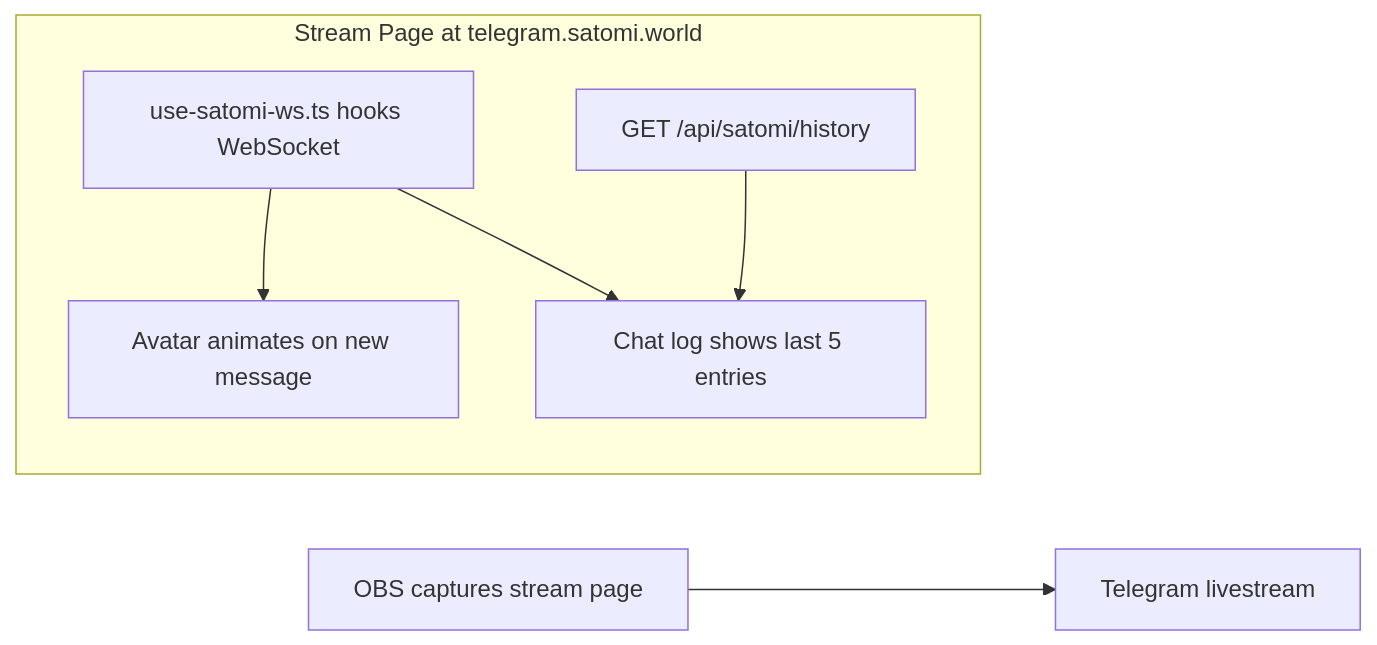
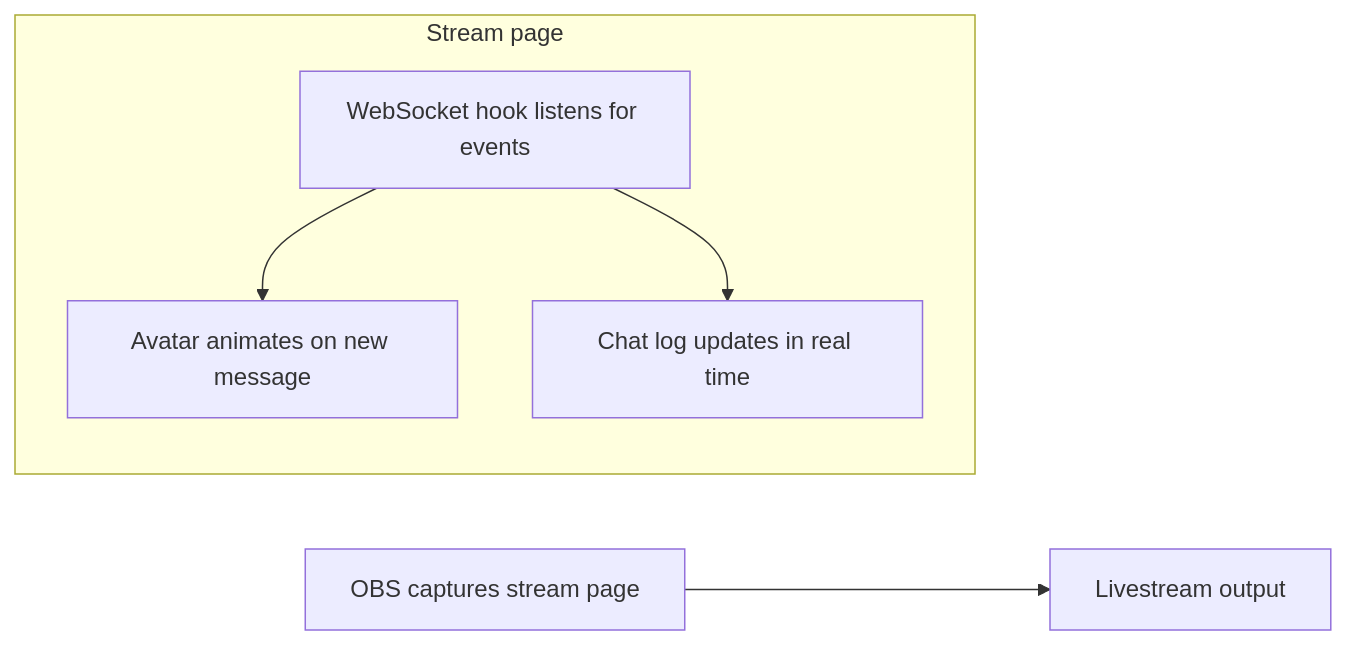
The third of 3 diagrams in profile/README.md (satominakamichi/.github), drawn with Mermaid before and after one commit. The commit also changed other lines of this file, not shown here.

Commit message:
update profile: remove labels, add Twitter system diagram

````diff
--- a/profile/README.md
+++ b/profile/README.md
@@ -45,10 +58,9 @@
   ```mermaid
   flowchart LR
-      A[OBS captures stream page] --> B[Telegram livestream]
-      subgraph Stream Page at telegram.satomi.world
-          C[use-satomi-ws.ts hooks WebSocket]
+      A[OBS captures stream page] --> B[Livestream output]
+      subgraph Stream page
+          C[WebSocket hook listens for events]
           C --> D[Avatar animates on new message]
-          C --> E[Chat log shows last 5 entries]
-          F[GET /api/satomi/history] --> E
+          C --> E[Chat log updates in real time]
       end
   ```
````
